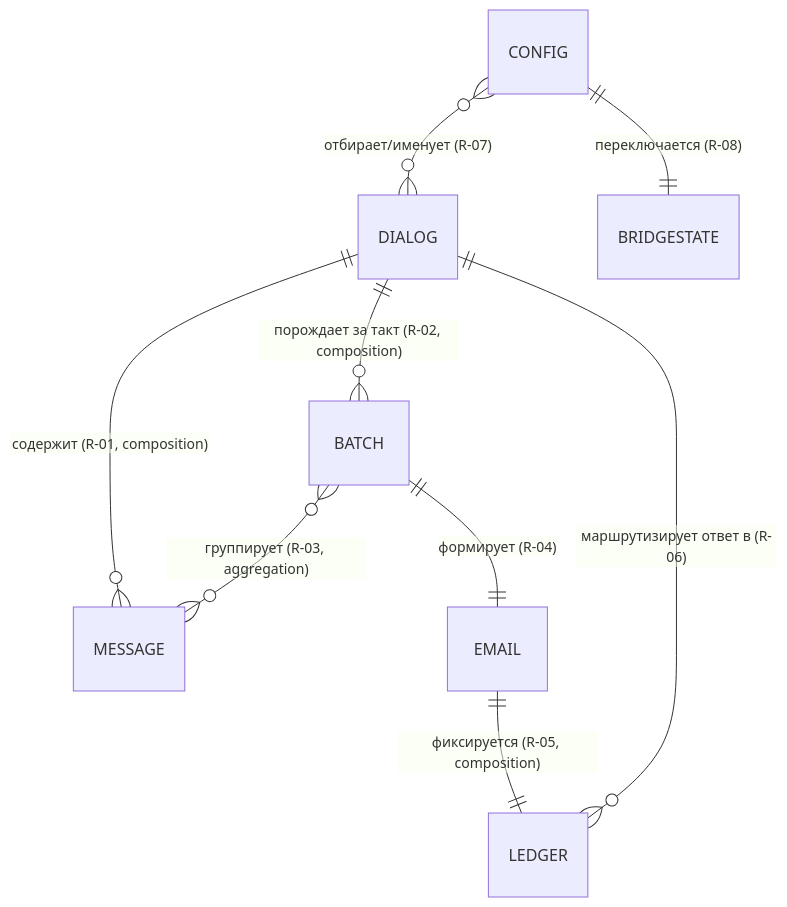
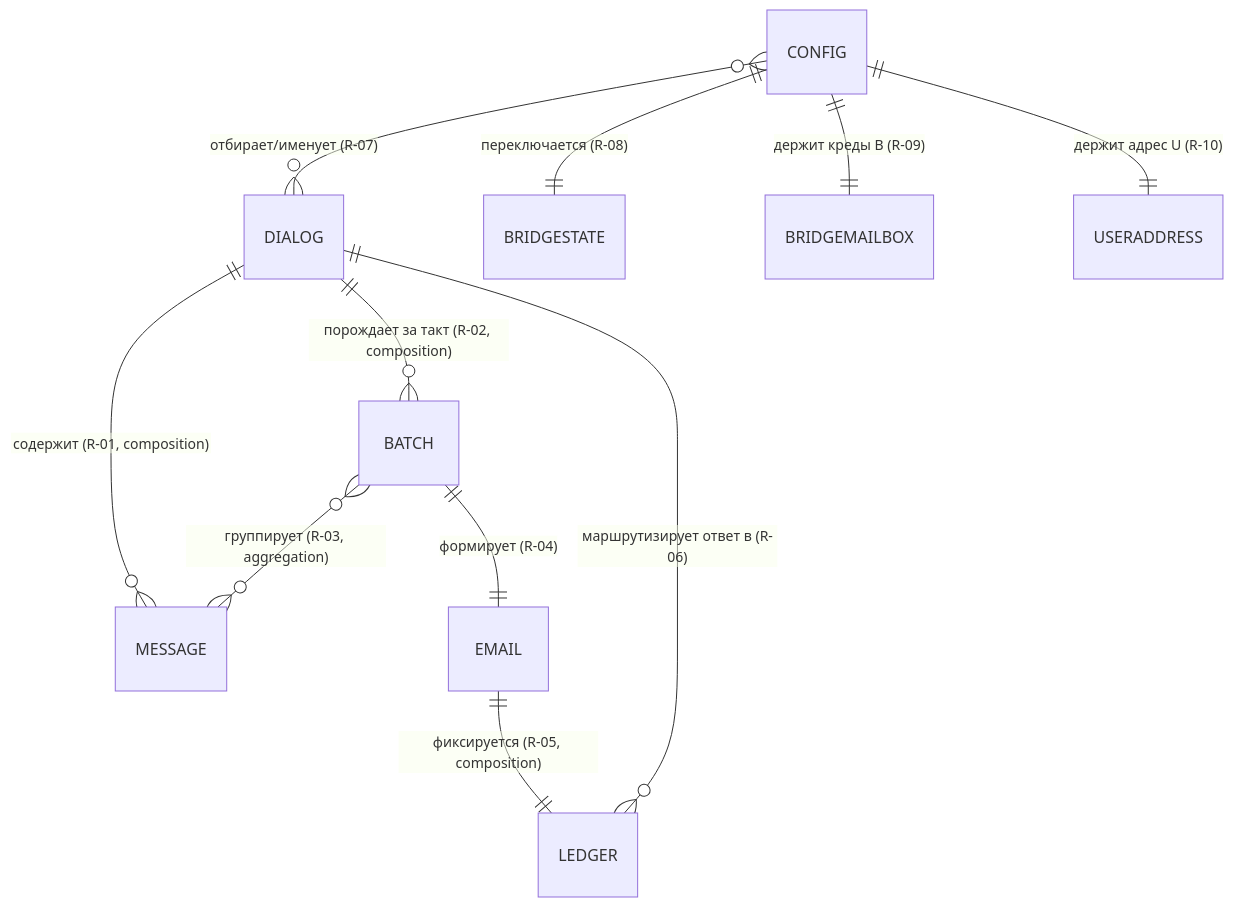
One commit to deminded/mailtg-bridge changed the diagram in masterspec/01-requirements/06-data-model/cdm-bridge.md. Above: the diagram before and after it, drawn with Mermaid. The commit also changed other lines of this file and 18 other files, not shown here.

````diff
--- a/masterspec/01-requirements/06-data-model/cdm-bridge.md
+++ b/masterspec/01-requirements/06-data-model/cdm-bridge.md
@@ -74,11 +89,13 @@
 ```mermaid
 erDiagram
     DIALOG ||--o{ MESSAGE : "содержит (R-01, composition)"
     DIALOG ||--o{ BATCH : "порождает за такт (R-02, composition)"
     BATCH  }o--o{ MESSAGE : "группирует (R-03, aggregation)"
     BATCH  ||--|| EMAIL : "формирует (R-04)"
     EMAIL  ||--|| LEDGER : "фиксируется (R-05, composition)"
     LEDGER }o--|| DIALOG : "маршрутизирует ответ в (R-06)"
     CONFIG }o--o{ DIALOG : "отбирает/именует (R-07)"
     CONFIG ||--|| BRIDGESTATE : "переключается (R-08)"
+    CONFIG ||--|| BRIDGEMAILBOX : "держит креды B (R-09)"
+    CONFIG ||--|| USERADDRESS : "держит адрес U (R-10)"
 ```
````
